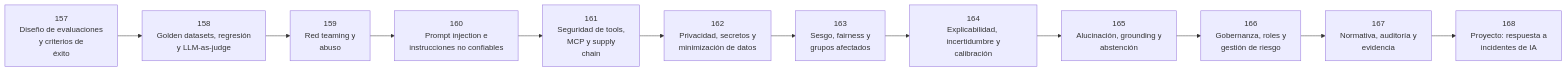
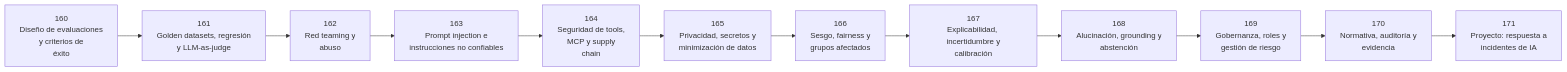
One commit to vladimiracunadev-create/artificial-intelligence-evolution-program changed the diagram in classes/part-13-evaluation-safety-security-and-governance/README.md. Above: the diagram before and after it, drawn with Mermaid. The commit also changed other lines of this file and 1522 other files, not shown here.

````diff
--- a/classes/part-13-evaluation-safety-security-and-governance/README.md
+++ b/classes/part-13-evaluation-safety-security-and-governance/README.md
@@ -11,26 +11,26 @@
 ```mermaid
 flowchart LR
-    L157["157<br/>Diseño de evaluaciones<br/>y criterios de<br/>éxito"]
-    L158["158<br/>Golden datasets, regresión<br/>y LLM-as-judge"]
-    L159["159<br/>Red teaming y<br/>abuso"]
-    L160["160<br/>Prompt injection e<br/>instrucciones no confiables"]
-    L161["161<br/>Seguridad de tools,<br/>MCP y supply<br/>chain"]
-    L162["162<br/>Privacidad, secretos y<br/>minimización de datos"]
-    L163["163<br/>Sesgo, fairness y<br/>grupos afectados"]
-    L164["164<br/>Explicabilidad, incertidumbre y<br/>calibración"]
-    L165["165<br/>Alucinación, grounding y<br/>abstención"]
-    L166["166<br/>Gobernanza, roles y<br/>gestión de riesgo"]
-    L167["167<br/>Normativa, auditoría y<br/>evidencia"]
-    L168["168<br/>Proyecto: respuesta a<br/>incidentes de IA"]
-    L157 --> L158
-    L158 --> L159
-    L159 --> L160
+    L160["160<br/>Diseño de evaluaciones<br/>y criterios de<br/>éxito"]
+    L161["161<br/>Golden datasets, regresión<br/>y LLM-as-judge"]
+    L162["162<br/>Red teaming y<br/>abuso"]
+    L163["163<br/>Prompt injection e<br/>instrucciones no confiables"]
+    L164["164<br/>Seguridad de tools,<br/>MCP y supply<br/>chain"]
+    L165["165<br/>Privacidad, secretos y<br/>minimización de datos"]
+    L166["166<br/>Sesgo, fairness y<br/>grupos afectados"]
+    L167["167<br/>Explicabilidad, incertidumbre y<br/>calibración"]
+    L168["168<br/>Alucinación, grounding y<br/>abstención"]
+    L169["169<br/>Gobernanza, roles y<br/>gestión de riesgo"]
+    L170["170<br/>Normativa, auditoría y<br/>evidencia"]
+    L171["171<br/>Proyecto: respuesta a<br/>incidentes de IA"]
     L160 --> L161
     L161 --> L162
     L162 --> L163
     L163 --> L164
     L164 --> L165
     L165 --> L166
     L166 --> L167
     L167 --> L168
+    L168 --> L169
+    L169 --> L170
+    L170 --> L171
 ```
````
